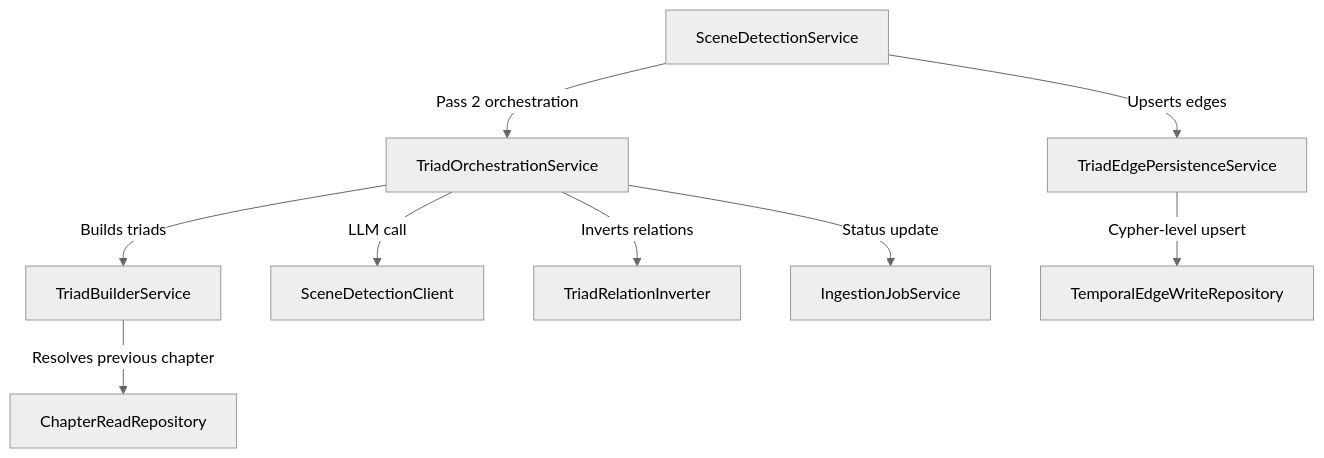
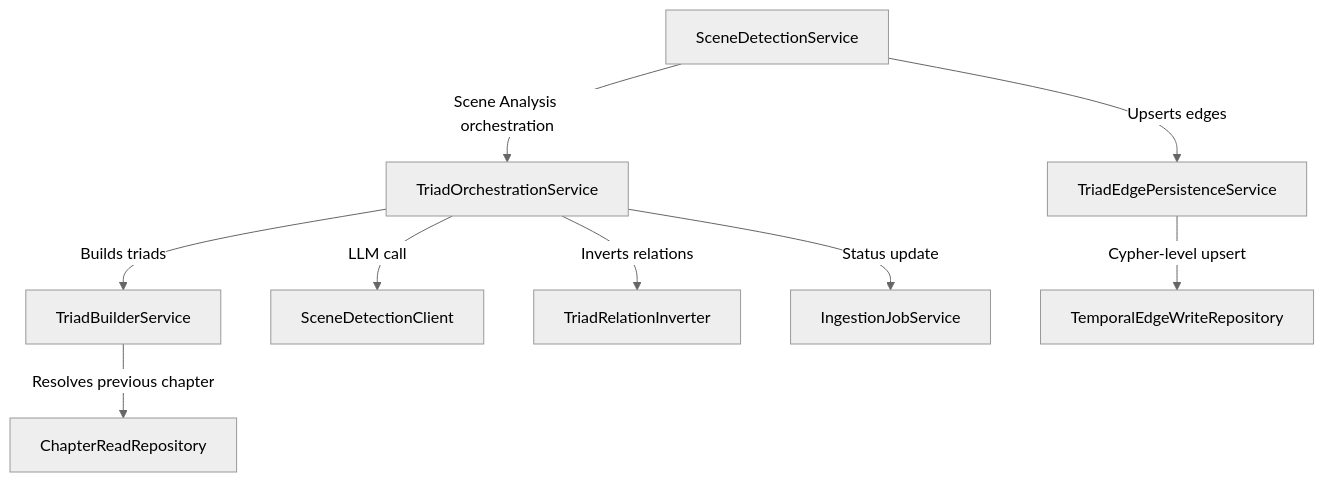
The first of 2 diagrams in docs/patterns/triad-analysis.md (chaixdev/lorevault-kb), drawn with Mermaid (neutral theme) before and after one commit. The commit also changed other lines of this file and 52 other files, not shown here.

First line of the commit message:
refactor: rename pass1/pass2 to chapter-segmentation/scene-analysis

````diff
--- a/docs/patterns/triad-analysis.md
+++ b/docs/patterns/triad-analysis.md
@@ -15,11 +15,11 @@
 ```mermaid
 graph TD
-    SDService["SceneDetectionService"] -->|"Pass 2 orchestration"| TOService["TriadOrchestrationService"]
+    SDService["SceneDetectionService"] -->|"Scene Analysis orchestration"| TOService["TriadOrchestrationService"]
     TOService -->|"Builds triads"| TBService["TriadBuilderService"]
     TBService -->|"Resolves previous chapter"| CRRepo["ChapterReadRepository"]
     TOService -->|"LLM call"| SDClient["SceneDetectionClient"]
     TOService -->|"Inverts relations"| TRInverter["TriadRelationInverter"]
     TOService -->|"Status update"| IJService["IngestionJobService"]
     SDService -->|"Upserts edges"| TEPService["TriadEdgePersistenceService"]
     TEPService -->|"Cypher-level upsert"| TEWRepo["TemporalEdgeWriteRepository"]
 ```
````
